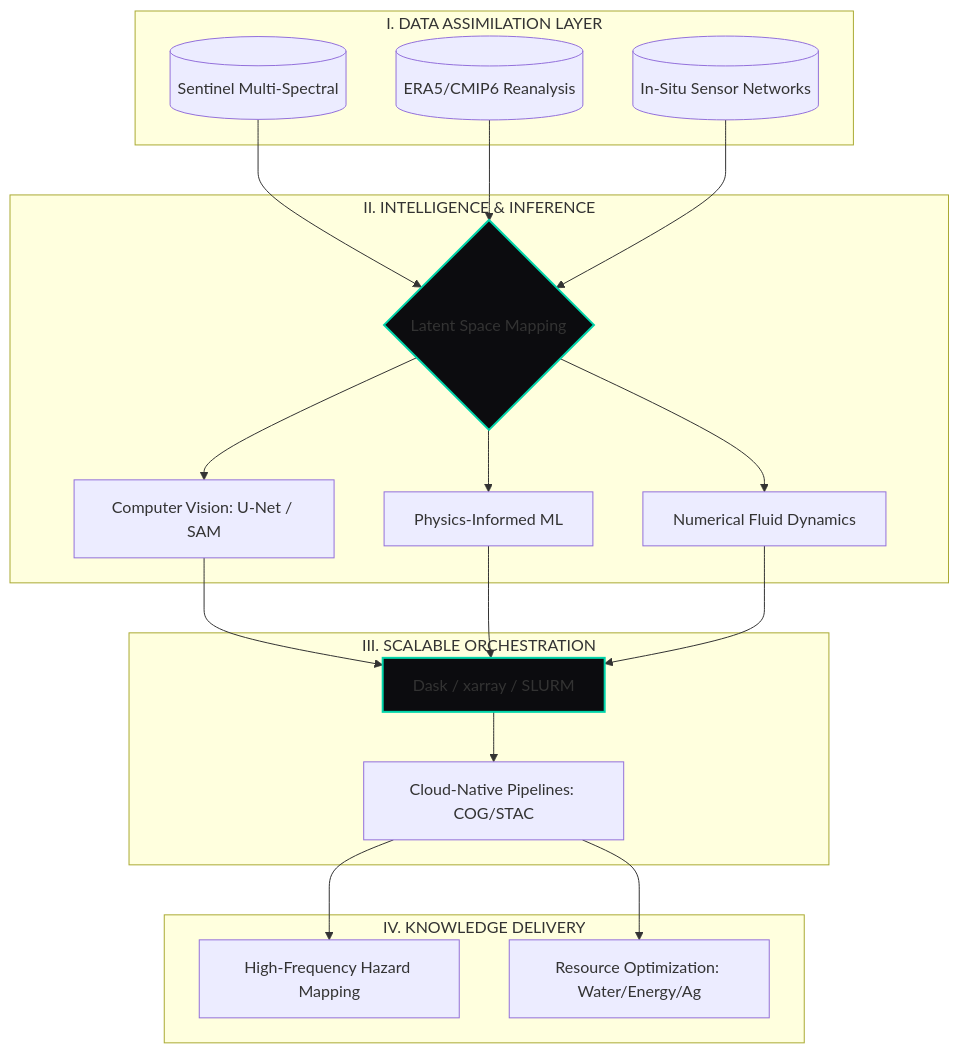
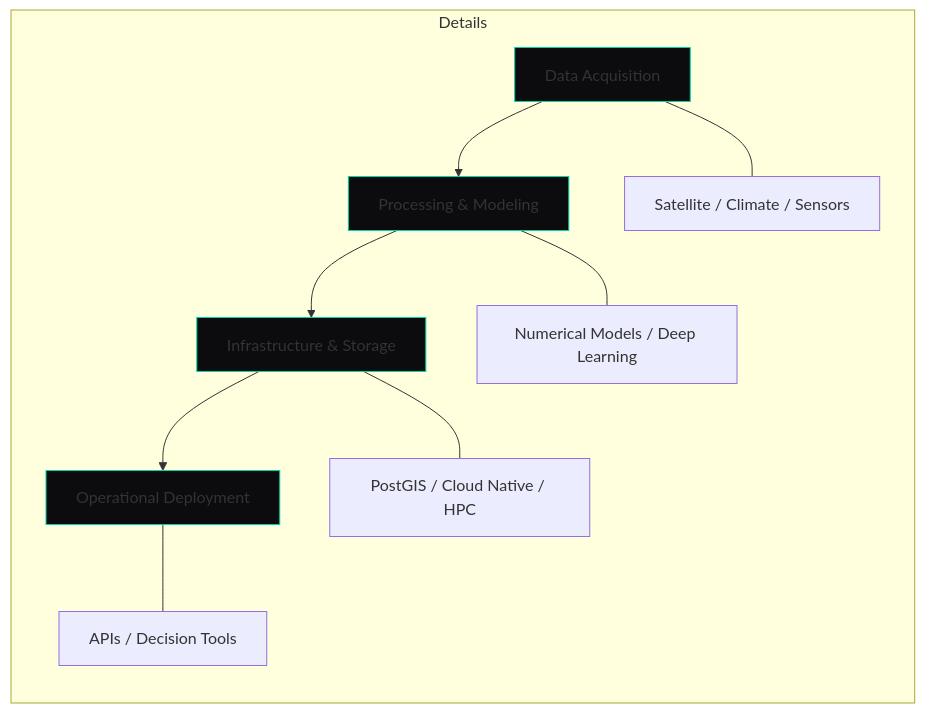
The diagram in README.md (BadibossPy/BadibossPy), drawn with Mermaid before and after one commit. The commit also changed other lines of this file, not shown here.

````diff
--- a/README.md
+++ b/README.md
@@ -14,34 +19,18 @@
 ```mermaid
-graph TD
-    subgraph "I. DATA ASSIMILATION LAYER"
-        A1[(Sentinel Multi-Spectral)]
-        A2[(ERA5/CMIP6 Reanalysis)]
-        A3[(In-Situ Sensor Networks)]
+graph LR
+    A[Data Acquisition] --> B[Processing & Modeling]
+    B --> C[Infrastructure & Storage]
+    C --> D[Operational Deployment]
+
+    subgraph "Details"
+        A --- A1[Satellite / Climate / Sensors]
+        B --- B1[Numerical Models / Deep Learning]
+        C --- C1[PostGIS / Cloud Native / HPC]
+        D --- D1[APIs / Decision Tools]
     end
 
-    subgraph "II. INTELLIGENCE & INFERENCE"
-        B1{Latent Space Mapping}
-        B2[Computer Vision: U-Net / SAM]
-        B3[Physics-Informed ML]
-        B4[Numerical Fluid Dynamics]
-    end
-
-    subgraph "III. SCALABLE ORCHESTRATION"
-        C1[Dask / xarray / SLURM]
-        C2[Cloud-Native Pipelines: COG/STAC]
-    end
-
-    subgraph "IV. KNOWLEDGE DELIVERY"
-        D1[High-Frequency Hazard Mapping]
-        D2[Resource Optimization: Water/Energy/Ag]
-    end
-
-    A1 & A2 & A3 --> B1
-    B1 --> B2 & B3 & B4
-    B2 & B3 & B4 --> C1
-    C1 --> C2
-    C2 --> D1 & D2
-
-    style B1 fill:#0c0c0f,stroke:#00d4aa,stroke-width:2px;
-    style C1 fill:#0c0c0f,stroke:#00d4aa,stroke-width:2px;
+    style A fill:#0c0c0f,stroke:#00d4aa,stroke-width:1px;
+    style B fill:#0c0c0f,stroke:#00d4aa,stroke-width:1px;
+    style C fill:#0c0c0f,stroke:#00d4aa,stroke-width:1px;
+    style D fill:#0c0c0f,stroke:#00d4aa,stroke-width:1px;
 ```
````
